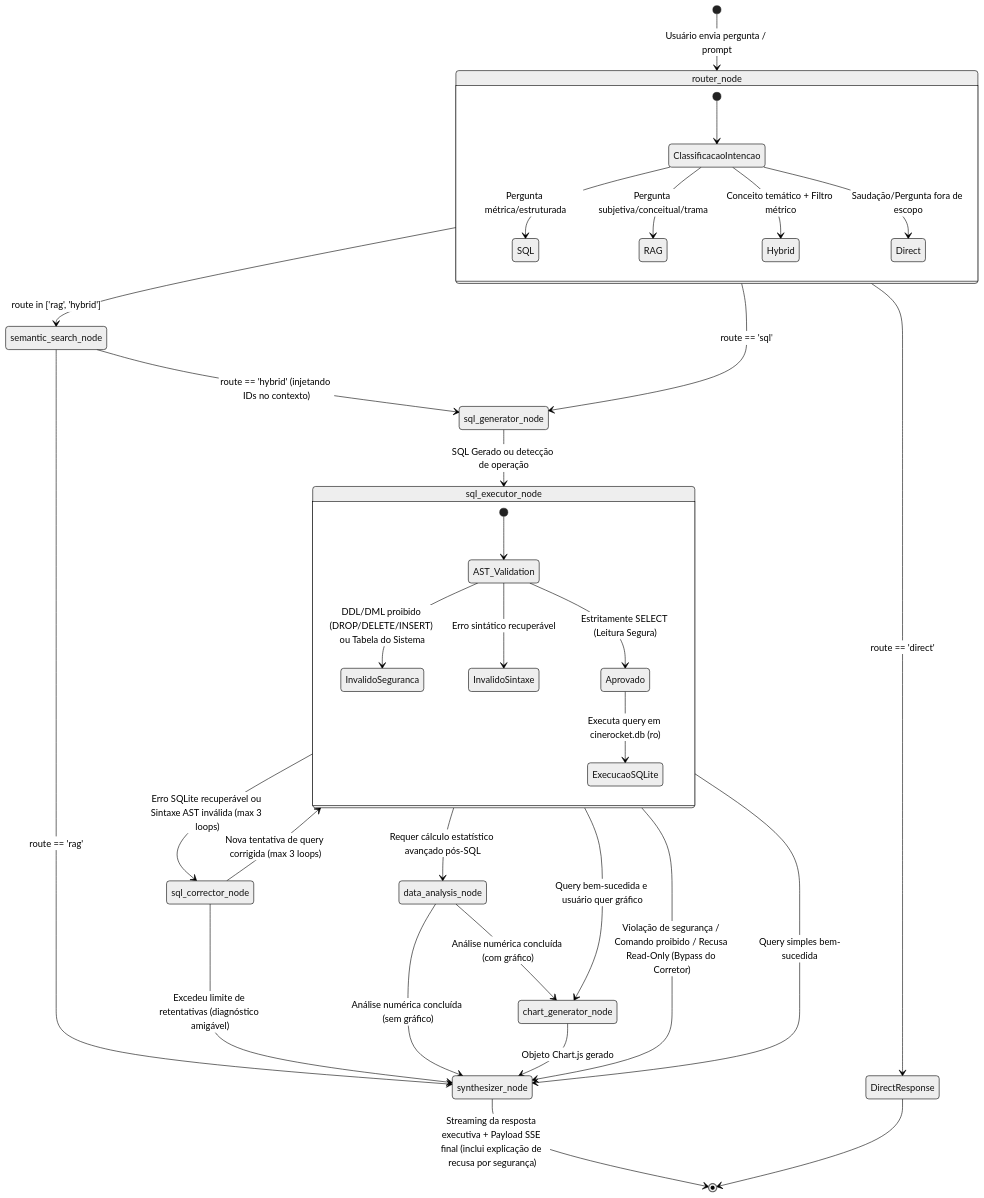
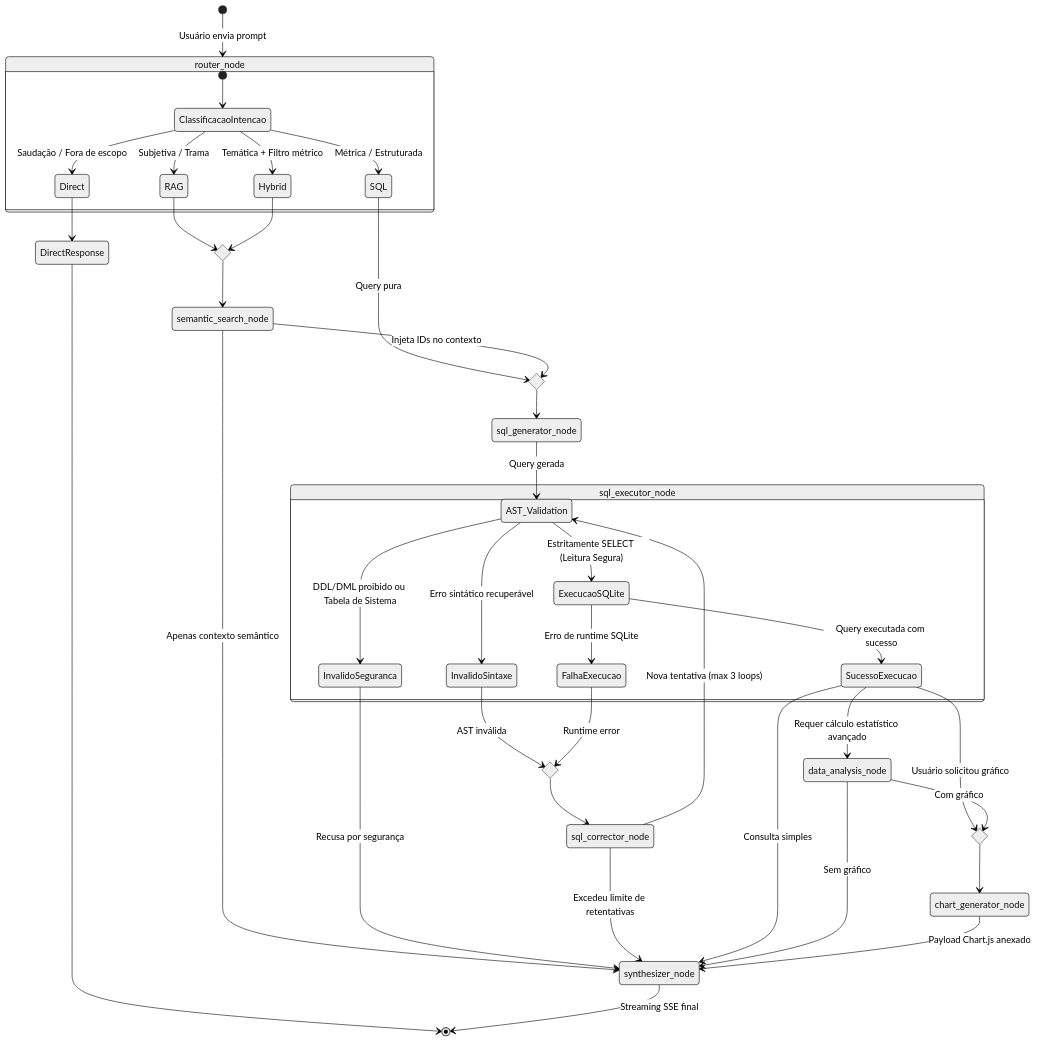
The diagram in plan/ai-implementation.md (msb7-jpg/visagio-atividade-genai-2026), drawn with Mermaid (neutral theme) before and after one commit. The commit also changed 40 other files, not shown here.

````diff
--- a/plan/ai-implementation.md
+++ b/plan/ai-implementation.md
@@ -13,46 +13,68 @@
 ```mermaid
 stateDiagram-v2
-    [*] --> router_node : Usuário envia pergunta / prompt
+    [*] --> router_node : Usuário envia prompt
 
     state router_node {
         [*] --> ClassificacaoIntencao
-        ClassificacaoIntencao --> SQL : Pergunta métrica/estruturada
-        ClassificacaoIntencao --> RAG : Pergunta subjetiva/conceitual/trama
-        ClassificacaoIntencao --> Hybrid : Conceito temático + Filtro métrico
-        ClassificacaoIntencao --> Direct : Saudação/Pergunta fora de escopo
+        ClassificacaoIntencao --> Direct : Saudação / Fora de escopo
+        ClassificacaoIntencao --> RAG : Subjetiva / Trama
+        ClassificacaoIntencao --> Hybrid : Temática + Filtro métrico
+        ClassificacaoIntencao --> SQL : Métrica / Estruturada
     }
 
-    router_node --> DirectResponse : route == 'direct'
-    router_node --> semantic_search_node : route in ['rag', 'hybrid']
-    router_node --> sql_generator_node : route == 'sql'
+    Direct --> DirectResponse
+    DirectResponse --> [*]
 
-    semantic_search_node --> synthesizer_node : route == 'rag'
-    semantic_search_node --> sql_generator_node : route == 'hybrid' (injetando IDs no contexto)
+    %% Ponto de junção: RAG e Hybrid convergem para busca semântica
+    state join_semantic <<choice>>
+    RAG --> join_semantic
+    Hybrid --> join_semantic
+    join_semantic --> semantic_search_node
 
-    sql_generator_node --> sql_executor_node : SQL Gerado ou detecção de operação
+    %% Ponto de junção: Entradas para o gerador de SQL
+    state join_sql_gen <<choice>>
+    SQL --> join_sql_gen : Query pura
+    semantic_search_node --> join_sql_gen : Injeta IDs no contexto
+    join_sql_gen --> sql_generator_node
+
+    semantic_search_node --> synthesizer_node : Apenas contexto semântico
+
+    sql_generator_node --> AST_Validation : Query gerada
 
     state sql_executor_node {
-        [*] --> AST_Validation
-        AST_Validation --> InvalidoSeguranca : DDL/DML proibido (DROP/DELETE/INSERT) ou Tabela do Sistema
+        AST_Validation --> InvalidoSeguranca : DDL/DML proibido ou Tabela de Sistema
         AST_Validation --> InvalidoSintaxe : Erro sintático recuperável
-        AST_Validation --> Aprovado : Estritamente SELECT (Leitura Segura)
-        Aprovado --> ExecucaoSQLite : Executa query em cinerocket.db (ro)
+        AST_Validation --> ExecucaoSQLite : Estritamente SELECT (Leitura Segura)
+
+        ExecucaoSQLite --> FalhaExecucao : Erro de runtime SQLite
+        ExecucaoSQLite --> SucessoExecucao : Query executada com sucesso
     }
 
-    sql_executor_node --> synthesizer_node : Violação de segurança / Comando proibido / Recusa Read-Only (Bypass do Corretor)
-    sql_executor_node --> sql_corrector_node : Erro SQLite recuperável ou Sintaxe AST inválida (max 3 loops)
-    sql_executor_node --> chart_generator_node : Query bem-sucedida e usuário quer gráfico
-    sql_executor_node --> data_analysis_node : Requer cálculo estatístico avançado pós-SQL
-    sql_executor_node --> synthesizer_node : Query simples bem-sucedida
+    %% Saída direta de segurança (bypass do corretor)
+    InvalidoSeguranca --> synthesizer_node : Recusa por segurança
 
-    sql_corrector_node --> sql_executor_node : Nova tentativa de query corrigida (max 3 loops)
-    sql_corrector_node --> synthesizer_node : Excedeu limite de retentativas (diagnóstico amigável)
+    %% Ponto de junção: Erros recuperáveis convergem para o corretor
+    state join_corrector <<choice>>
+    InvalidoSintaxe --> join_corrector : AST inválida
+    FalhaExecucao --> join_corrector : Runtime error
+    join_corrector --> sql_corrector_node
 
-    data_analysis_node --> chart_generator_node : Análise numérica concluída (com gráfico)
-    data_analysis_node --> synthesizer_node : Análise numérica concluída (sem gráfico)
+    %% Retentativa e esgotamento de loops
+    sql_corrector_node --> AST_Validation : Nova tentativa (max 3 loops)
+    sql_corrector_node --> synthesizer_node : Excedeu limite de retentativas
 
-    chart_generator_node --> synthesizer_node : Objeto Chart.js gerado
+    %% Ponto de junção: Caminhos que geram gráfico
+    state join_chart <<choice>>
+    SucessoExecucao --> join_chart : Usuário solicitou gráfico
+    data_analysis_node --> join_chart : Com gráfico
+    join_chart --> chart_generator_node
 
-    synthesizer_node --> [*] : Streaming da resposta executiva + Payload SSE final (inclui explicação de recusa por segurança)
-    DirectResponse --> [*]
+    %% Roteamento do sucesso pós-execução sem gráfico
+    SucessoExecucao --> synthesizer_node : Consulta simples
+    SucessoExecucao --> data_analysis_node : Requer cálculo estatístico avançado
+    data_analysis_node --> synthesizer_node : Sem gráfico
+
+    chart_generator_node --> synthesizer_node : Payload Chart.js anexado
+
+    synthesizer_node --> [*] : Streaming SSE final
 ```
````
